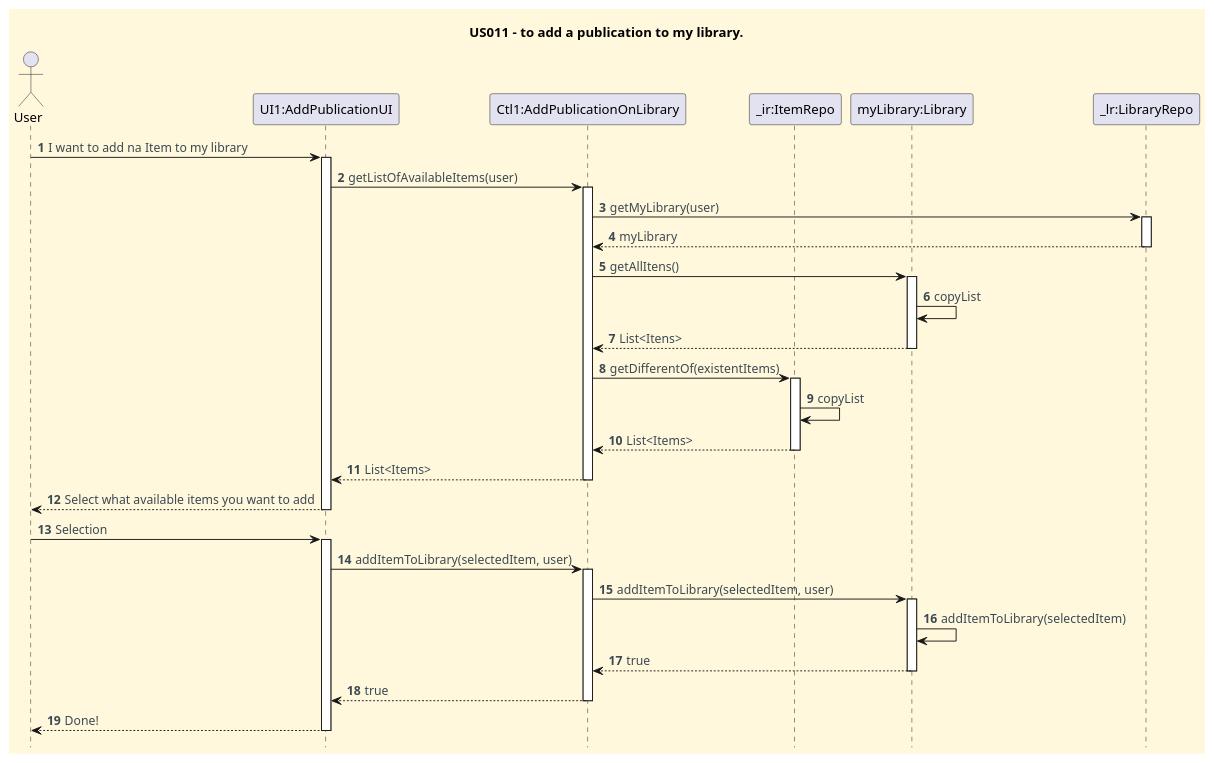
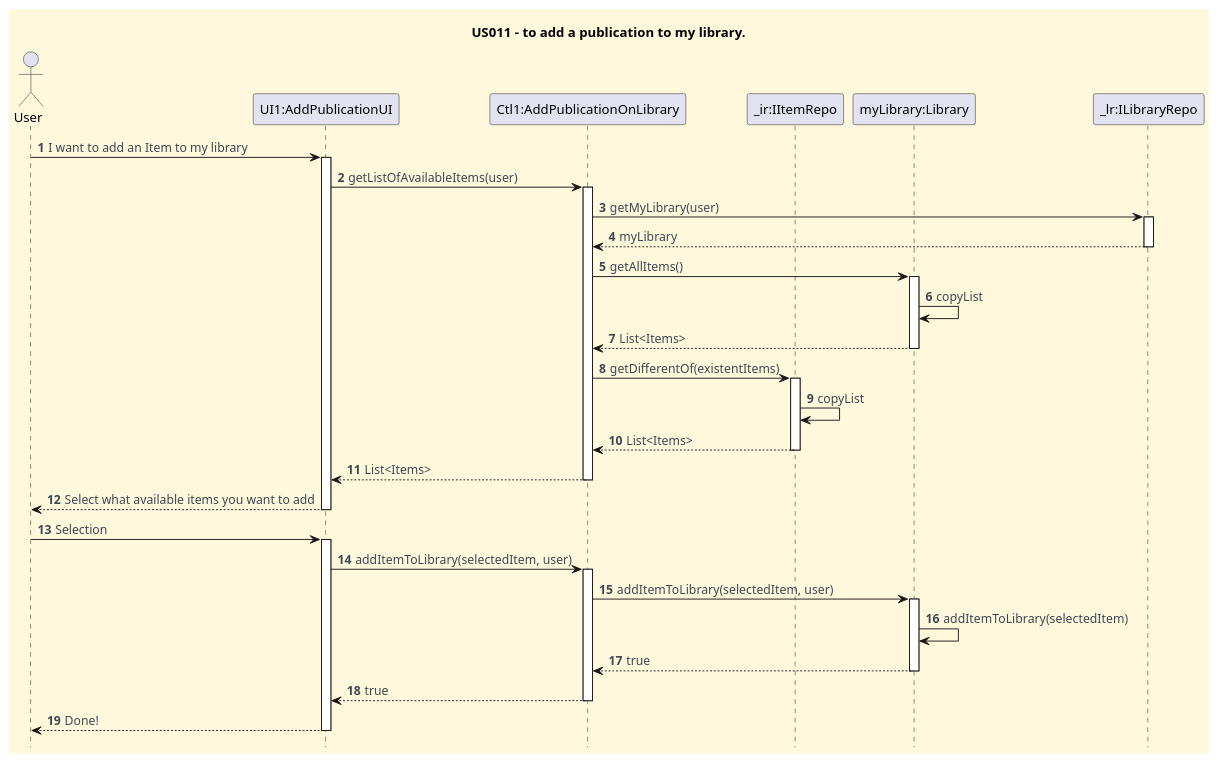
The diagram in docs/userStories/US011/US011_add_publication_to_my_library_SD.puml (CarolinaLeite-collab/JavaMarketplacePlatform), drawn with PlantUML before and after one commit.

Commit message:
docs(US011): add SD for AddPublicationOnLibrary (DDD refactor), refs #359

```diff
--- a/docs/userStories/US011/US011_add_publication_to_my_library_SD.puml
+++ b/docs/userStories/US011/US011_add_publication_to_my_library_SD.puml
@@ -1,64 +1,64 @@
 @startuml
 'https://plantuml.com/sequence-diagram
 hide footbox
 title US011 - to add a publication to my library.
 
 '==== basic style ====
 skinparam monochrome false
 skinparam shadowing false
 skinparam defaultFontName Futura
 skinparam objectFontSize 20
 skinparam backgroundColor CornSilk
 skinparam objectBackgroundColor WhiteSmoke
 skinparam noteBackgroundColor #FFFFE0
 skinparam ArrowFontColor #3B4953
 skinparam ActivationBackgroundColor black
 
 autonumber
 autoactivate off
 
 
 actor User
 participant "UI1:AddPublicationUI"
 participant "Ctl1:AddPublicationOnLibrary"
-participant "_ir:ItemRepo"
+participant "_ir:IItemRepo"
 participant "myLibrary:Library"
-participant "_lr:LibraryRepo"
+participant "_lr:ILibraryRepo"
 
-User -> "UI1:AddPublicationUI" : I want to add na Item to my library
+User -> "UI1:AddPublicationUI" : I want to add an Item to my library
 activate "UI1:AddPublicationUI"
 "UI1:AddPublicationUI" -> "Ctl1:AddPublicationOnLibrary" : getListOfAvailableItems(user)
 activate "Ctl1:AddPublicationOnLibrary"
-"Ctl1:AddPublicationOnLibrary" -> "_lr:LibraryRepo" : getMyLibrary(user)
-activate "_lr:LibraryRepo"
-"_lr:LibraryRepo" --> "Ctl1:AddPublicationOnLibrary" : myLibrary
-deactivate "_lr:LibraryRepo"
-"Ctl1:AddPublicationOnLibrary" -> "myLibrary:Library" : getAllItens()
+"Ctl1:AddPublicationOnLibrary" -> "_lr:ILibraryRepo" : getMyLibrary(user)
+activate "_lr:ILibraryRepo"
+"_lr:ILibraryRepo" --> "Ctl1:AddPublicationOnLibrary" : myLibrary
+deactivate "_lr:ILibraryRepo"
+"Ctl1:AddPublicationOnLibrary" -> "myLibrary:Library" : getAllItems()
 activate "myLibrary:Library"
 "myLibrary:Library" -> "myLibrary:Library" : copyList
-"myLibrary:Library" --> "Ctl1:AddPublicationOnLibrary" : List<Itens>
+"myLibrary:Library" --> "Ctl1:AddPublicationOnLibrary" : List<Items>
 deactivate "myLibrary:Library"
-"Ctl1:AddPublicationOnLibrary" -> "_ir:ItemRepo" : getDifferentOf(existentItems)
-activate "_ir:ItemRepo"
-"_ir:ItemRepo" -> "_ir:ItemRepo" : copyList
-"_ir:ItemRepo" --> "Ctl1:AddPublicationOnLibrary" : List<Items>
-deactivate "_ir:ItemRepo"
+"Ctl1:AddPublicationOnLibrary" -> "_ir:IItemRepo" : getDifferentOf(existentItems)
+activate "_ir:IItemRepo"
+"_ir:IItemRepo" -> "_ir:IItemRepo" : copyList
+"_ir:IItemRepo" --> "Ctl1:AddPublicationOnLibrary" : List<Items>
+deactivate "_ir:IItemRepo"
 "Ctl1:AddPublicationOnLibrary" --> "UI1:AddPublicationUI" : List<Items>
 deactivate "Ctl1:AddPublicationOnLibrary"
 "UI1:AddPublicationUI" --> User : Select what available items you want to add
 deactivate "UI1:AddPublicationUI"
 User -> "UI1:AddPublicationUI" : Selection
 activate "UI1:AddPublicationUI"
 "UI1:AddPublicationUI" -> "Ctl1:AddPublicationOnLibrary" : addItemToLibrary(selectedItem, user)
 activate "Ctl1:AddPublicationOnLibrary"
 "Ctl1:AddPublicationOnLibrary" -> "myLibrary:Library" : addItemToLibrary(selectedItem, user)
 activate "myLibrary:Library"
 "myLibrary:Library" -> "myLibrary:Library" : addItemToLibrary(selectedItem)
 "myLibrary:Library" --> "Ctl1:AddPublicationOnLibrary" : true
 deactivate "myLibrary:Library"
 "Ctl1:AddPublicationOnLibrary" --> "UI1:AddPublicationUI" : true
 deactivate "Ctl1:AddPublicationOnLibrary"
 "UI1:AddPublicationUI" --> User : Done!
 deactivate "UI1:AddPublicationUI"
 
 @enduml
```
